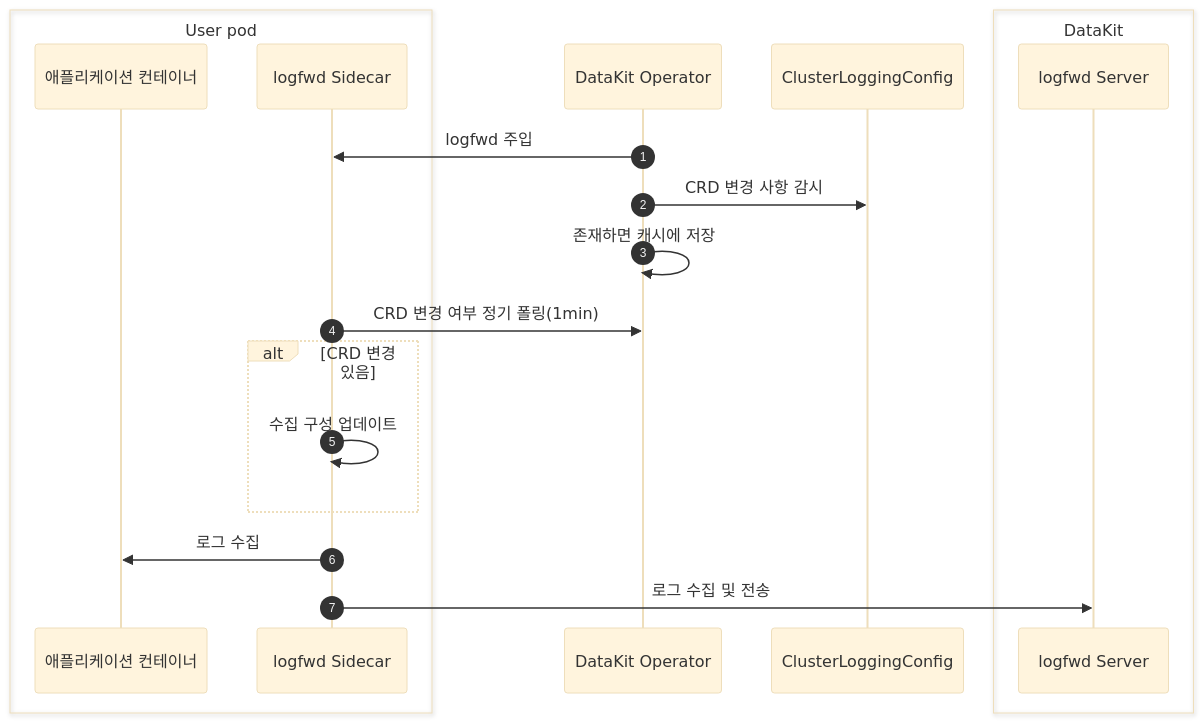
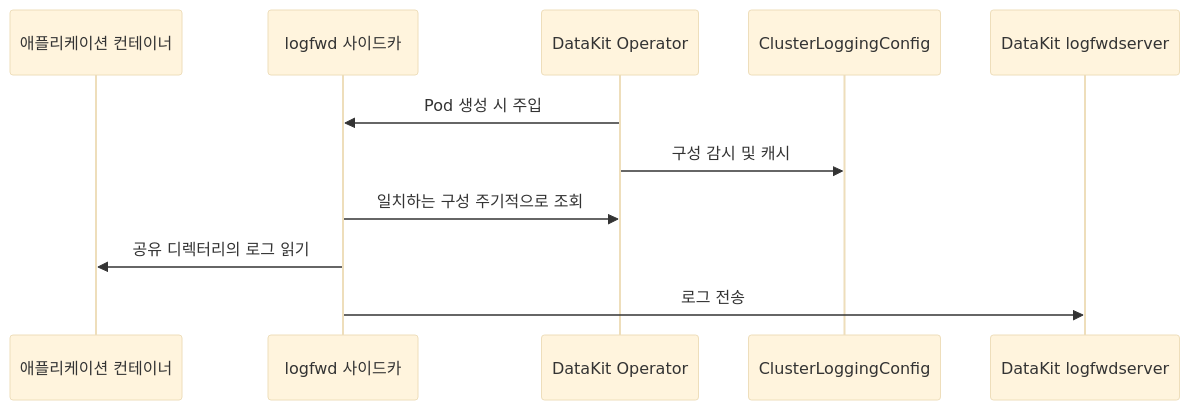
The diagram in export/ko/operator-logfwd.md (GuanceCloud/datakit-operator), drawn with Mermaid (base theme) before and after one commit. The commit also changed other lines of this file and 55 other files, not shown here.

````diff
--- a/export/ko/operator-logfwd.md
+++ b/export/ko/operator-logfwd.md
@@ -8,28 +7,14 @@
 ```mermaid
 sequenceDiagram
-autonumber
+    participant App as 애플리케이션 컨테이너
+    participant Sidecar as logfwd 사이드카
+    participant Operator as DataKit Operator
+    participant CRD as ClusterLoggingConfig
+    participant DataKit as DataKit logfwdserver
 
-box User pod
-participant container as 애플리케이션 컨테이너
-participant logfwd as logfwd Sidecar
-end
-
-participant opr as DataKit Operator
-participant crd as ClusterLoggingConfig
-
-box DataKit
-participant logfwds as logfwd Server
-end
-
-opr ->> logfwd: logfwd 주입
-opr ->> crd: CRD 변경 사항 감시
-opr ->> opr: 존재하면 캐시에 저장
-logfwd ->> opr: CRD 변경 여부 정기 폴링(1min)
-
-alt CRD 변경 있음
-logfwd ->> logfwd: 수집 구성 업데이트
-end
-
-logfwd ->> container: 로그 수집
-logfwd ->> logfwds: 로그 수집 및 전송
+    Operator->>Sidecar: Pod 생성 시 주입
+    Operator->>CRD: 구성 감시 및 캐시
+    Sidecar->>Operator: 일치하는 구성 주기적으로 조회
+    Sidecar->>App: 공유 디렉터리의 로그 읽기
+    Sidecar->>DataKit: 로그 전송
 ```
````
